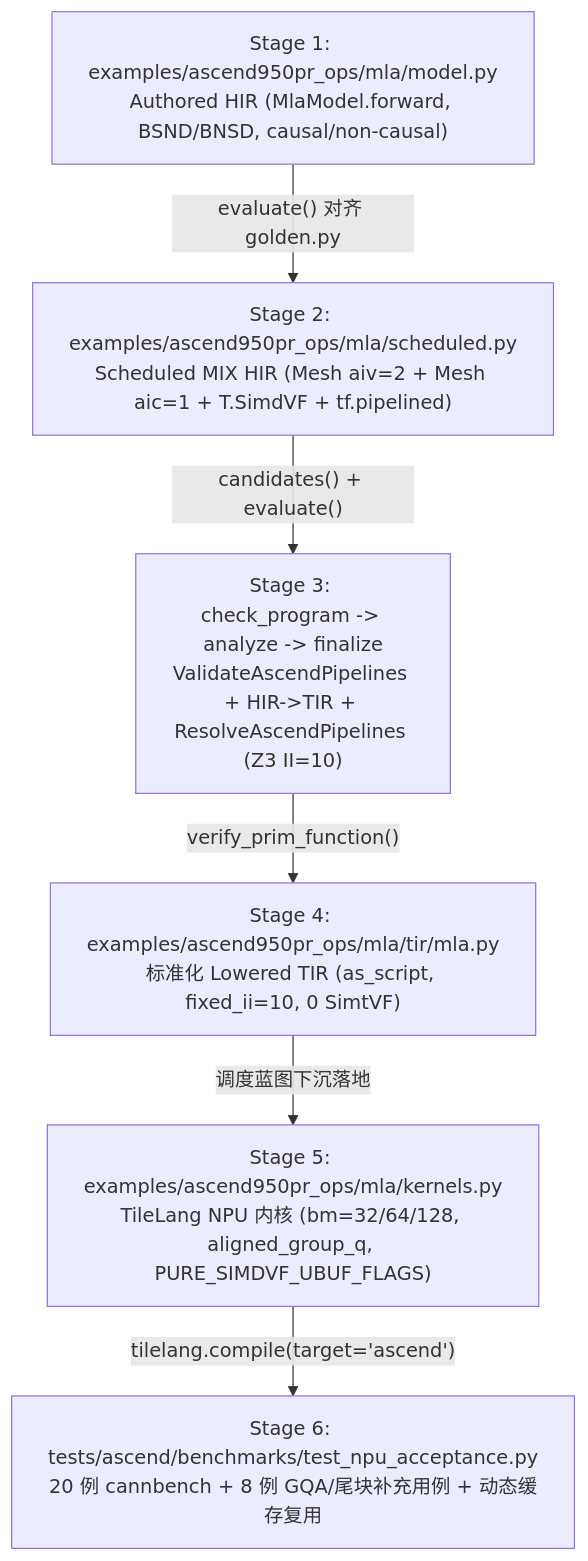
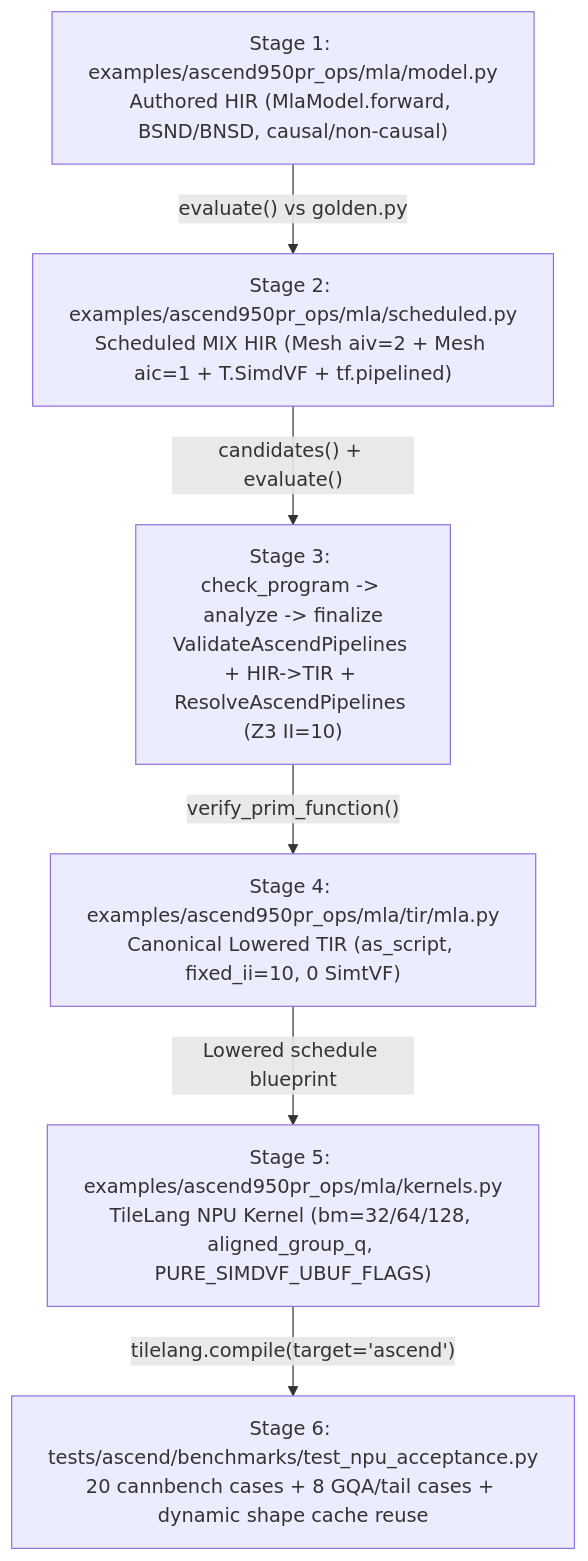
One commit to jingchangshi/TileFoundry changed the second of 3 diagrams in docs/reports/ascend950pr_architecture_and_e2e.md. Above: the diagram before and after it, drawn with Mermaid. The commit also changed other lines of this file, not shown here.

Commit message:
docs(ascend): sync architecture mermaid diagrams with dual-mode stage-a and 5-tier campaign

````diff
--- a/docs/reports/ascend950pr_architecture_and_e2e.md
+++ b/docs/reports/ascend950pr_architecture_and_e2e.md
@@ -117,15 +114,15 @@
 ```mermaid
 flowchart TD
     S1["Stage 1: examples/ascend950pr_ops/mla/model.py\nAuthored HIR (MlaModel.forward, BSND/BNSD, causal/non-causal)"]
     S2["Stage 2: examples/ascend950pr_ops/mla/scheduled.py\nScheduled MIX HIR (Mesh aiv=2 + Mesh aic=1 + T.SimdVF + tf.pipelined)"]
     S3["Stage 3: check_program -> analyze -> finalize\nValidateAscendPipelines + HIR->TIR + ResolveAscendPipelines (Z3 II=10)"]
-    S4["Stage 4: examples/ascend950pr_ops/mla/tir/mla.py\n标准化 Lowered TIR (as_script, fixed_ii=10, 0 SimtVF)"]
-    S5["Stage 5: examples/ascend950pr_ops/mla/kernels.py\nTileLang NPU 内核 (bm=32/64/128, aligned_group_q, PURE_SIMDVF_UBUF_FLAGS)"]
-    S6["Stage 6: tests/ascend/benchmarks/test_npu_acceptance.py\n20 例 cannbench + 8 例 GQA/尾块补充用例 + 动态缓存复用"]
+    S4["Stage 4: examples/ascend950pr_ops/mla/tir/mla.py\nCanonical Lowered TIR (as_script, fixed_ii=10, 0 SimtVF)"]
+    S5["Stage 5: examples/ascend950pr_ops/mla/kernels.py\nTileLang NPU Kernel (bm=32/64/128, aligned_group_q, PURE_SIMDVF_UBUF_FLAGS)"]
+    S6["Stage 6: tests/ascend/benchmarks/test_npu_acceptance.py\n20 cannbench cases + 8 GQA/tail cases + dynamic shape cache reuse"]
 
-    S1 -->|"evaluate() 对齐 golden.py"| S2
+    S1 -->|"evaluate() vs golden.py"| S2
     S2 -->|"candidates() + evaluate()"| S3
     S3 -->|"verify_prim_function()"| S4
-    S4 -->|"调度蓝图下沉落地"| S5
+    S4 -->|"Lowered schedule blueprint"| S5
     S5 -->|"tilelang.compile(target='ascend')"| S6
 ```
````
